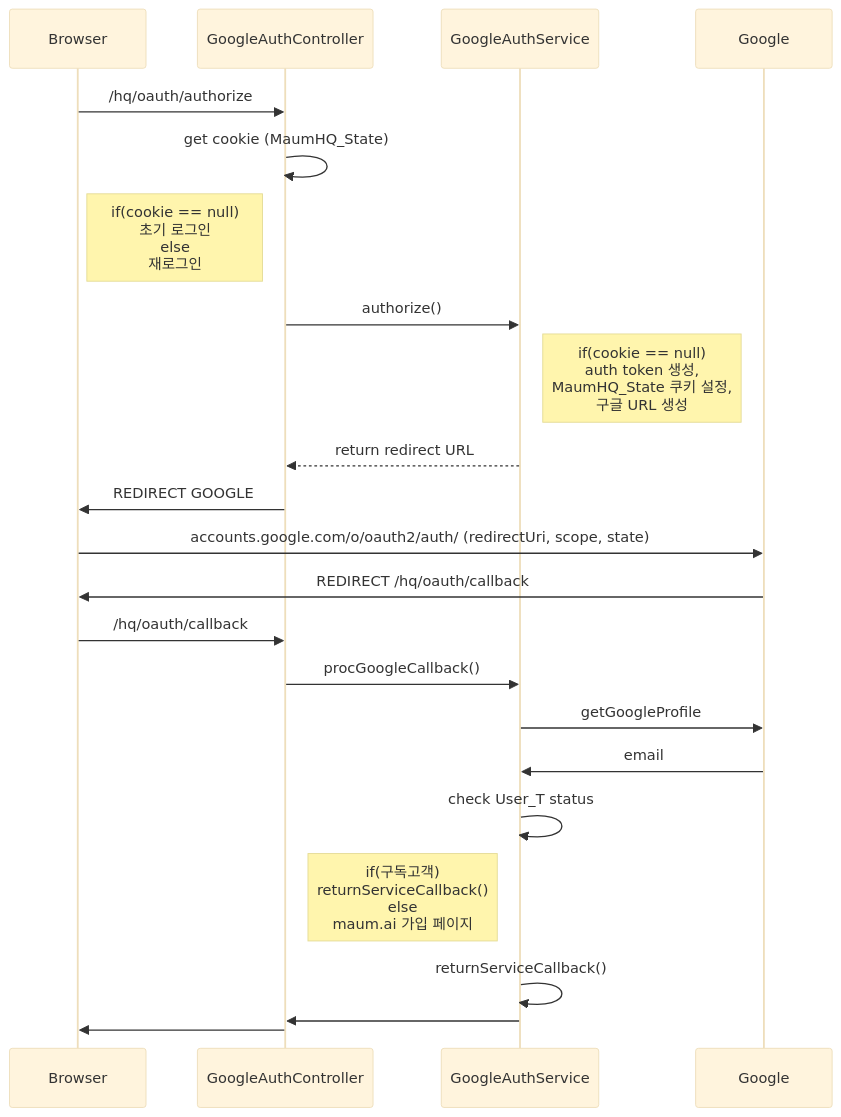
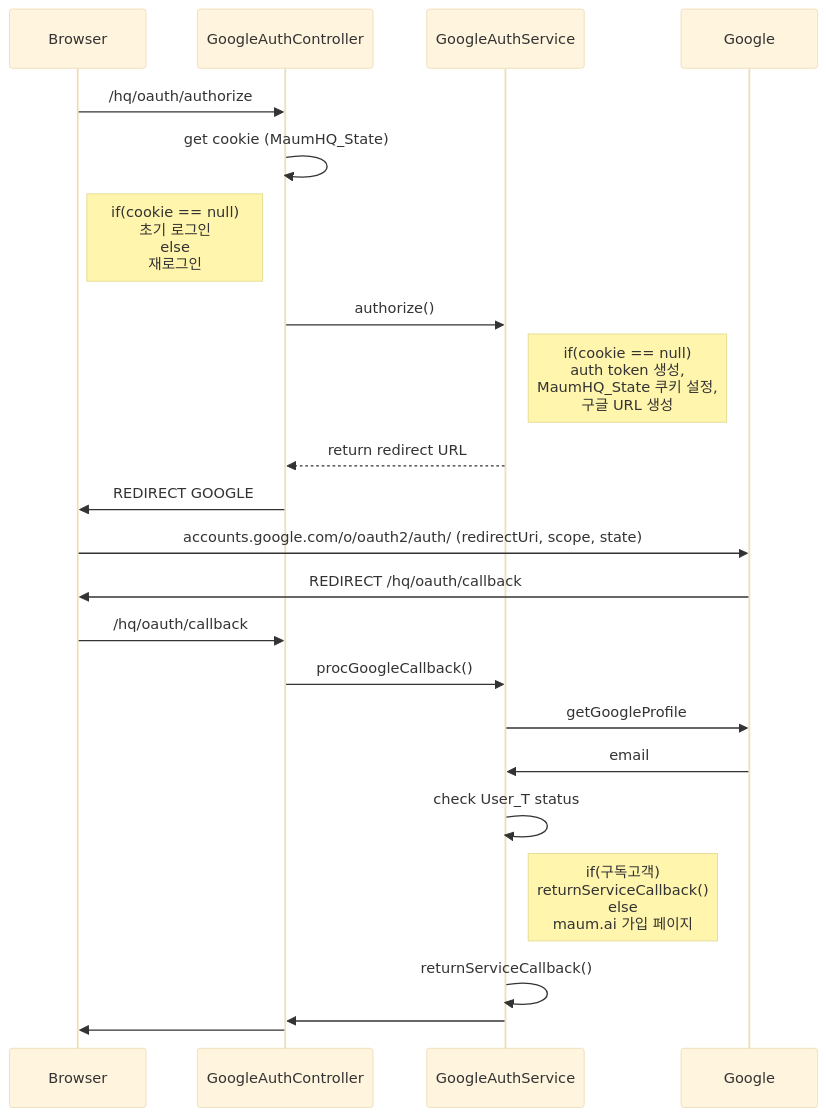
The first of 2 diagrams in Architecture.md (Ye-Jun/SSO), drawn with Mermaid (base theme) before and after one commit. The commit also changed other lines of this file, not shown here.

Commit message:
Architecture.md updated from https://stackedit.io/

````diff
--- a/Architecture.md
+++ b/Architecture.md
@@ -3,22 +3,22 @@
 ```mermaid
 sequenceDiagram
 Browser ->> GoogleAuthController : /hq/oauth/authorize
 GoogleAuthController ->> GoogleAuthController : get cookie (MaumHQ_State)
 Note left of GoogleAuthController: if(cookie == null)<br/>초기 로그인<br/> else<br/>재로그인
 GoogleAuthController ->> GoogleAuthService : authorize()
 Note right of GoogleAuthService : if(cookie == null) <br/>auth token 생성,<br/> MaumHQ_State 쿠키 설정, <br/>구글 URL 생성
 GoogleAuthService -->> GoogleAuthController : return redirect URL
 GoogleAuthController ->> Browser : REDIRECT GOOGLE
 Browser ->> Google : accounts.google.com/o/oauth2/auth/ (redirectUri, scope, state)
 Google ->> Browser : REDIRECT /hq/oauth/callback
 Browser ->> GoogleAuthController : /hq/oauth/callback
 GoogleAuthController ->> GoogleAuthService : procGoogleCallback()
 GoogleAuthService ->> Google : getGoogleProfile
 Google ->> GoogleAuthService : email
 GoogleAuthService ->> GoogleAuthService : check User_T status
-Note left of GoogleAuthService : if(구독고객)<br/>returnServiceCallback()<br/>else<br/>maum.ai 가입 페이지
+Note right of GoogleAuthService : if(구독고객)<br/>returnServiceCallback()<br/>else<br/>maum.ai 가입 페이지
 GoogleAuthService ->> GoogleAuthService : returnServiceCallback()
 GoogleAuthService ->> GoogleAuthController : 
 GoogleAuthController ->> Browser : 
 
 ```
````
